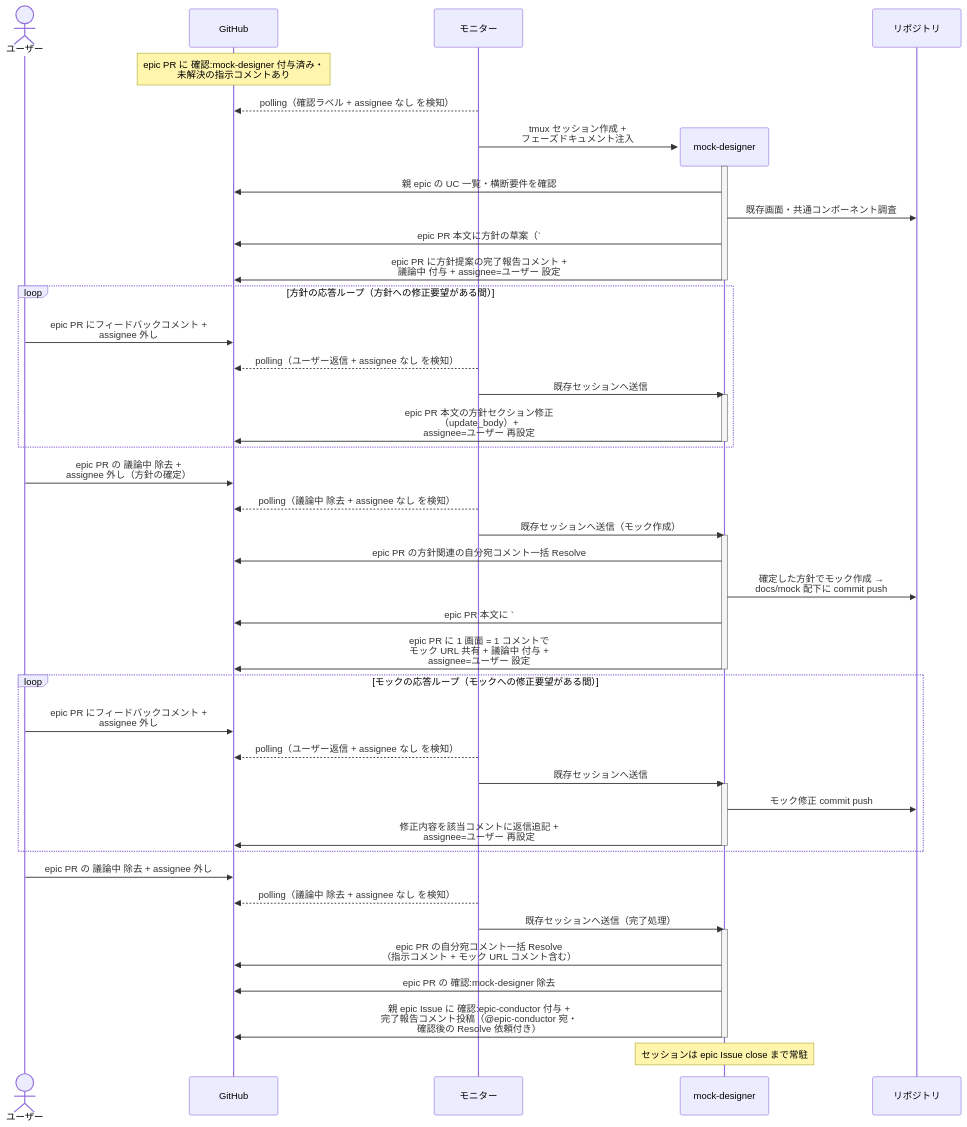
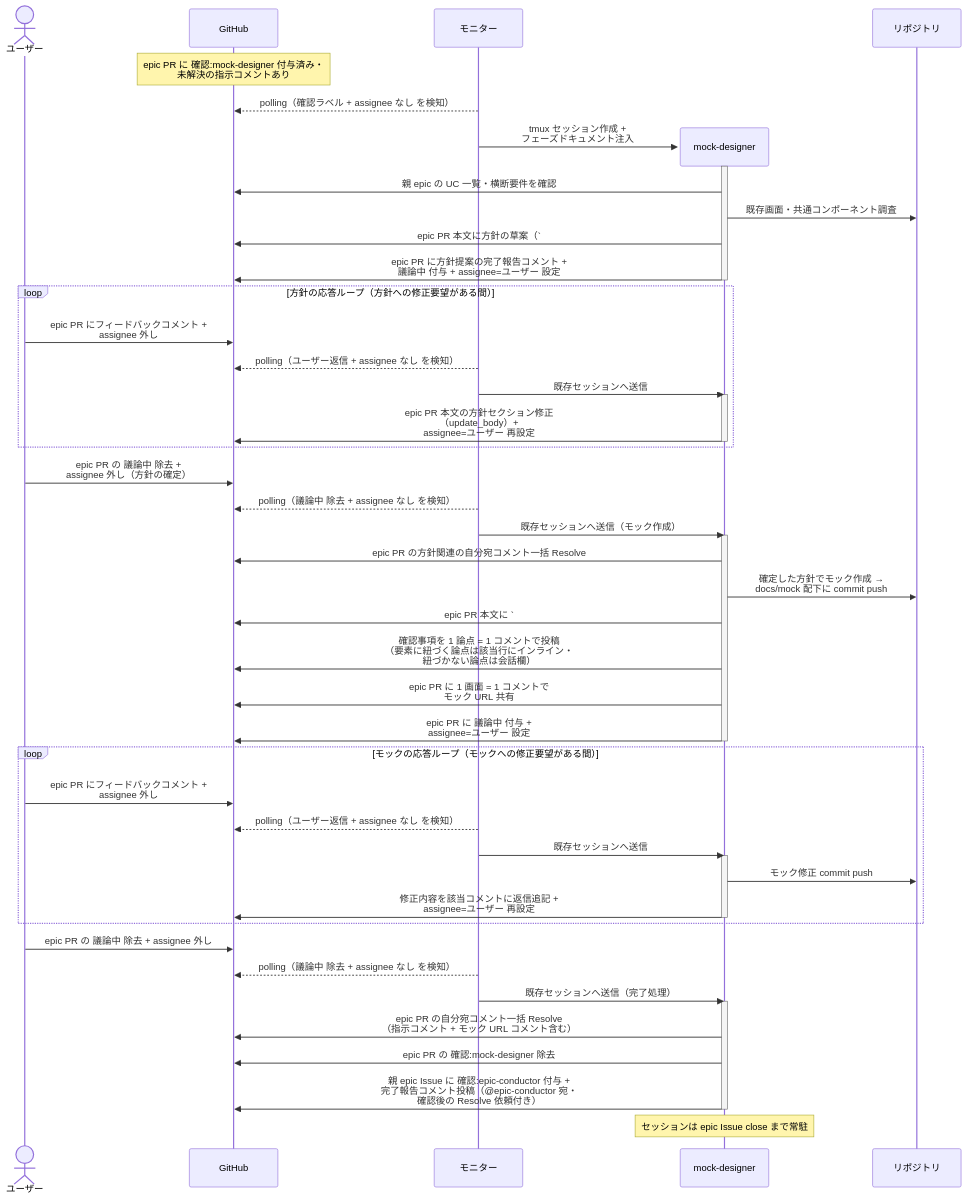
One commit to shuhei1101/ai-monitor changed the first of 2 diagrams in docs/wiki/設計図/シナリオ/単一ユースケース/全体UI設計.md. Above: the diagram before and after it, drawn with Mermaid. The commit also changed other lines of this file and 304 other files, not shown here.

````diff
--- a/docs/wiki/設計図/シナリオ/単一ユースケース/全体UI設計.md
+++ b/docs/wiki/設計図/シナリオ/単一ユースケース/全体UI設計.md
@@ -28,57 +28,59 @@
 ```mermaid
 sequenceDiagram
   actor U as ユーザー
   participant GH as GitHub
   participant ORC as モニター
 
   Note over GH: epic PR に 確認:mock-designer 付与済み・<br>未解決の指示コメントあり
   ORC-->>GH: polling（確認ラベル + assignee なし を検知）
   create participant MON as mock-designer
   ORC->>MON: tmux セッション作成 +<br>フェーズドキュメント注入
   participant REPO as リポジトリ
   activate MON
   MON->>GH: 親 epic の UC 一覧・横断要件を確認
   MON->>REPO: 既存画面・共通コンポーネント調査
   MON->>GH: epic PR 本文に方針の草案（`### 画面一覧` +<br>`### 画面遷移`）を追記（update_body）
   MON->>GH: epic PR に方針提案の完了報告コメント +<br>議論中 付与 + assignee=ユーザー 設定
   deactivate MON
 
   loop 方針の応答ループ（方針への修正要望がある間）
     U->>GH: epic PR にフィードバックコメント +<br>assignee 外し
     ORC-->>GH: polling（ユーザー返信 + assignee なし を検知）
     ORC->>MON: 既存セッションへ送信
     activate MON
     MON->>GH: epic PR 本文の方針セクション修正<br>（update_body）+<br>assignee=ユーザー 再設定
     deactivate MON
   end
 
   U->>GH: epic PR の 議論中 除去 +<br>assignee 外し（方針の確定）
   ORC-->>GH: polling（議論中 除去 + assignee なし を検知）
   ORC->>MON: 既存セッションへ送信（モック作成）
   activate MON
   MON->>GH: epic PR の方針関連の自分宛コメント一括 Resolve
   MON->>REPO: 確定した方針でモック作成 →<br>docs/mock 配下に commit push
   MON->>GH: epic PR 本文に `### モック`（画面ごとの URL 一覧）を追記<br>（update_body）
-  MON->>GH: epic PR に 1 画面 = 1 コメントで<br>モック URL 共有 + 議論中 付与 +<br>assignee=ユーザー 設定
+  MON->>GH: 確認事項を 1 論点 = 1 コメントで投稿<br>（要素に紐づく論点は該当行にインライン・<br>紐づかない論点は会話欄）
+  MON->>GH: epic PR に 1 画面 = 1 コメントで<br>モック URL 共有
+  MON->>GH: epic PR に 議論中 付与 +<br>assignee=ユーザー 設定
   deactivate MON
 
   loop モックの応答ループ（モックへの修正要望がある間）
     U->>GH: epic PR にフィードバックコメント +<br>assignee 外し
     ORC-->>GH: polling（ユーザー返信 + assignee なし を検知）
     ORC->>MON: 既存セッションへ送信
     activate MON
     MON->>REPO: モック修正 commit push
     MON->>GH: 修正内容を該当コメントに返信追記 +<br>assignee=ユーザー 再設定
     deactivate MON
   end
 
   U->>GH: epic PR の 議論中 除去 + assignee 外し
   ORC-->>GH: polling（議論中 除去 + assignee なし を検知）
   ORC->>MON: 既存セッションへ送信（完了処理）
   activate MON
   MON->>GH: epic PR の自分宛コメント一括 Resolve<br>（指示コメント + モック URL コメント含む）
   MON->>GH: epic PR の 確認:mock-designer 除去
   MON->>GH: 親 epic Issue に 確認:epic-conductor 付与 +<br>完了報告コメント投稿（@epic-conductor 宛・<br>確認後の Resolve 依頼付き）
   deactivate MON
   Note over MON: セッションは epic Issue close まで常駐
 ```
````
